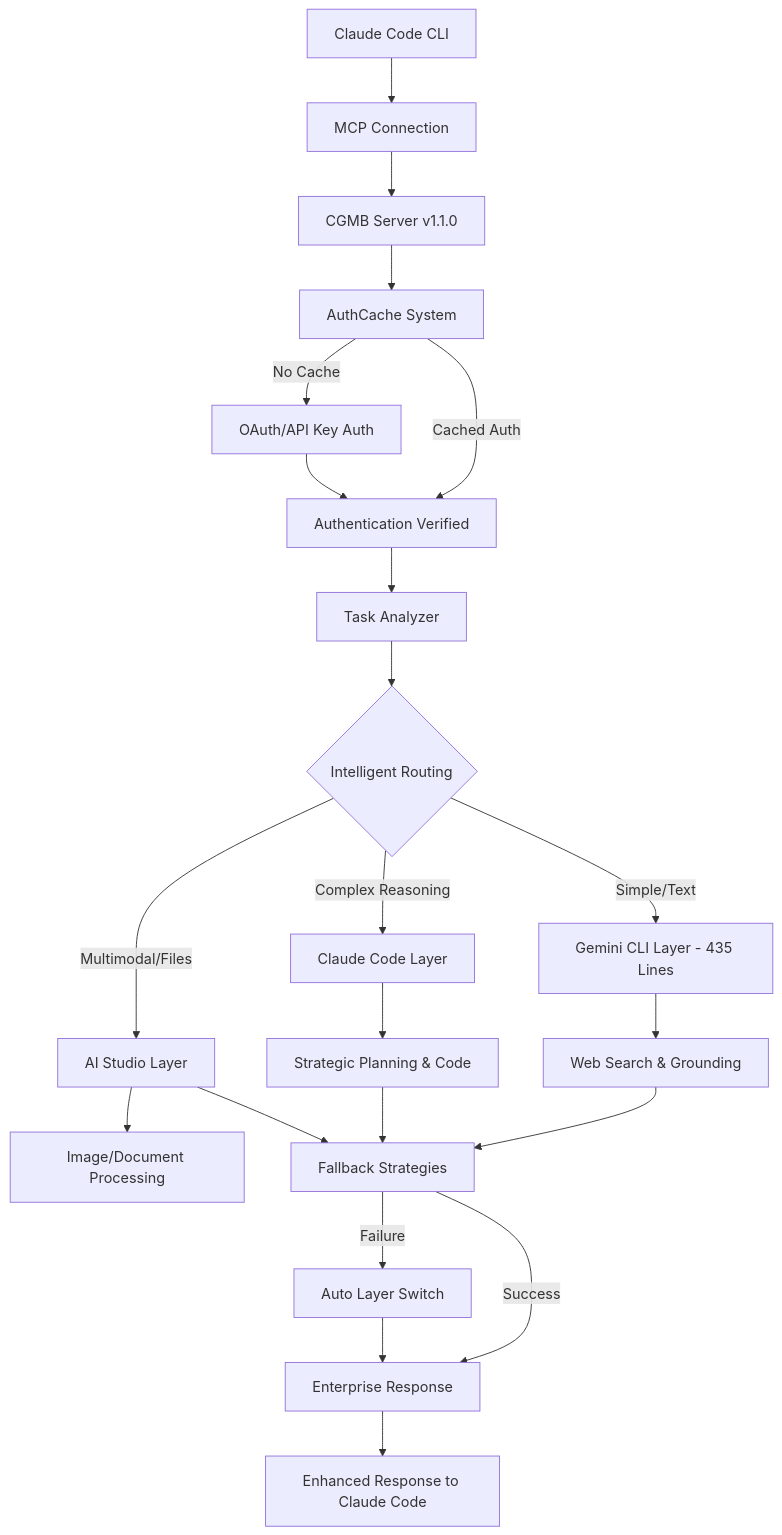
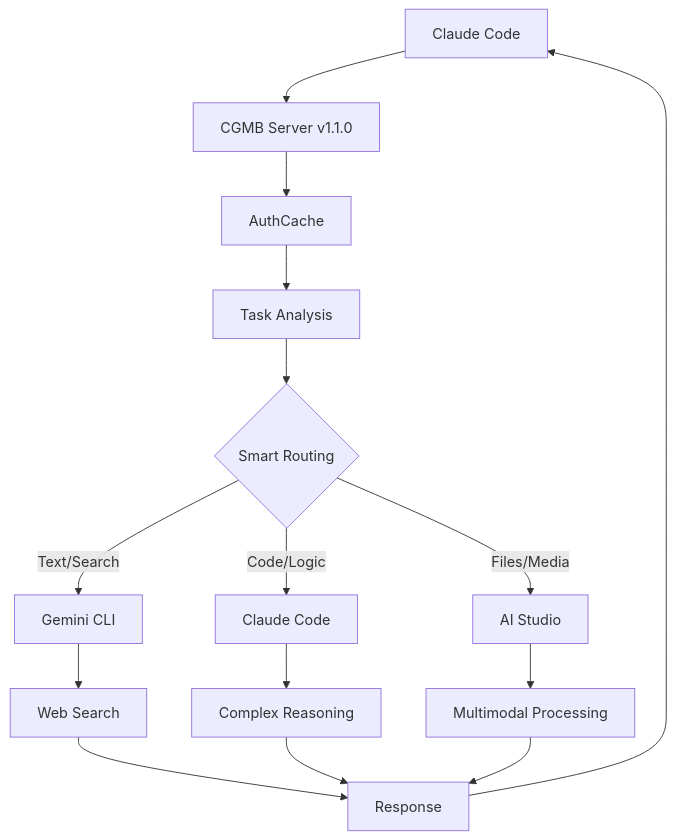
One commit to goodaymmm/claude-gemini-multimodal-bridge changed the diagram in README.md. Above: the diagram before and after it, drawn with Mermaid. The commit also changed other lines of this file, not shown here.

Commit message:
🎨 refactor: Simplify README Architecture section
- Clean and simplified Mermaid diagram (8 nodes vs 18 nodes)
- Streamlined "How It Works" to 5 concise points
- Simplified Layer Responsibilities table (removed redundant columns)
- Focus on key benefits: 80% overhead reduction, 3x faster, 95% self-healing

🤖 Generated with [Claude Code](https://claude.ai/code)

````diff
--- a/README.md
+++ b/README.md
@@ -36,31 +36,23 @@
 ```mermaid
 graph TD
-    A[Claude Code CLI] --> B[MCP Connection]
-    B --> C[CGMB Server v1.1.0]
+    A[Claude Code] --> B[CGMB Server v1.1.0]
     
-    C --> D[AuthCache System]
-    D -->|Cached Auth| E[Authentication Verified]
-    D -->|No Cache| F[OAuth/API Key Auth]
-    F --> E
+    B --> C[AuthCache]
+    C --> D[Task Analysis]
     
-    E --> G[Task Analyzer]
-    G --> H{Intelligent Routing}
+    D --> E{Smart Routing}
     
-    H -->|Simple/Text| I[Gemini CLI Layer - 435 Lines]
-    H -->|Complex Reasoning| J[Claude Code Layer] 
-    H -->|Multimodal/Files| K[AI Studio Layer]
+    E -->|Text/Search| F[Gemini CLI]
+    E -->|Code/Logic| G[Claude Code] 
+    E -->|Files/Media| H[AI Studio]
     
-    I --> L[Web Search & Grounding]
-    J --> M[Strategic Planning & Code]
-    K --> N[Image/Document Processing]
+    F --> I[Web Search]
+    G --> J[Complex Reasoning]
+    H --> K[Multimodal Processing]
     
-    L --> O[Fallback Strategies]
-    M --> O
-    K --> O
+    I --> L[Response]
+    J --> L
+    K --> L
     
-    O -->|Success| P[Enterprise Response]
-    O -->|Failure| Q[Auto Layer Switch]
-    Q --> P
-    
-    P --> R[Enhanced Response to Claude Code]
+    L --> A
 ```
````
